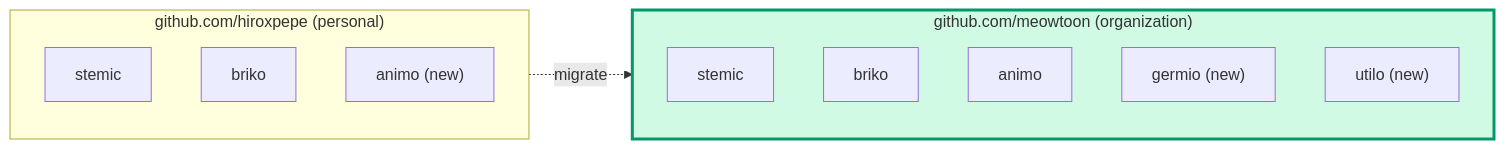
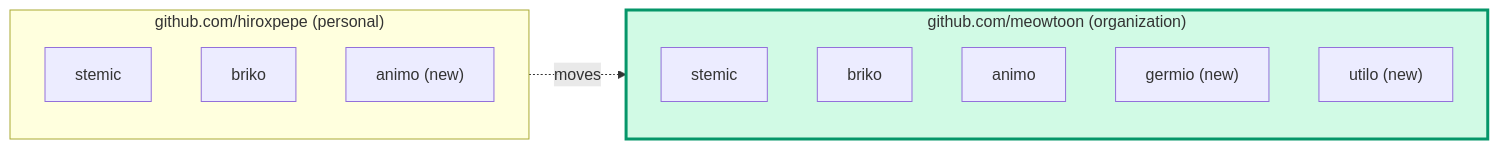
Diagram 48 of 56 in docs/animo_spec.md (hiroxpepe/animo), drawn with Mermaid before and after one commit. The commit also changed other lines of this file, not shown here.

Commit message:
fix: Update the mermaid diagram text to fit Basic English

````diff
--- a/docs/animo_spec.md
+++ b/docs/animo_spec.md
@@ -2987,17 +2987,17 @@
 ```mermaid
 flowchart LR
   subgraph Personal["github.com/hiroxpepe (personal)"]
     H1["stemic"]
     H2["briko"]
     H3["animo (new)"]
   end
   subgraph Org["github.com/meowtoon (organization)"]
     M1["stemic"]
     M2["briko"]
     M3["animo"]
     M4["germio (new)"]
     M5["utilo (new)"]
   end
-  Personal -.->|"migrate"| Org
+  Personal -.->|"moves"| Org
   style Org fill:#d1fae5,stroke:#059669,stroke-width:3px
 ```
````
